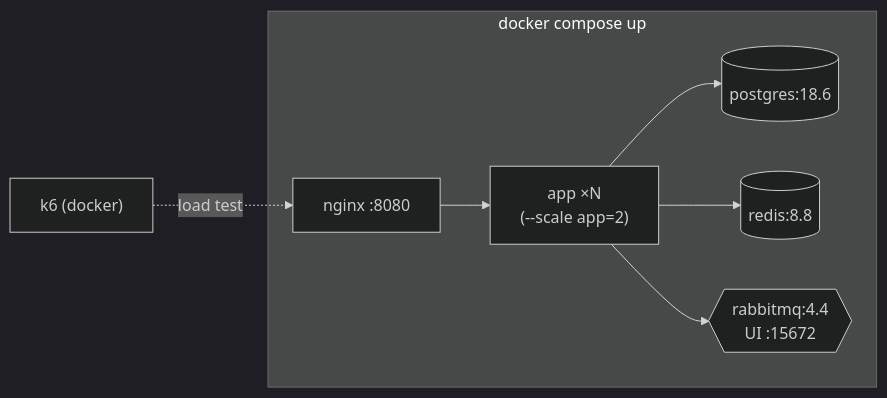
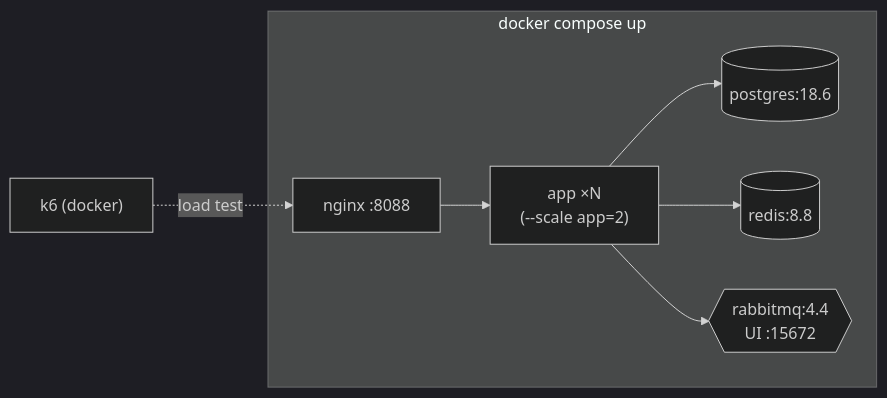
One commit to lebronjamesbe01-dev/flashsale-service changed diagram 14 of 14 in docs/system-design.md. Above: the diagram before and after it, drawn with Mermaid (dark theme). The commit also changed other lines of this file and 1 other file, not shown here.

Commit message:
docs: update README and system design for hardened flows

````diff
--- a/docs/system-design.md
+++ b/docs/system-design.md
@@ -435,10 +439,10 @@
 ```mermaid
 flowchart LR
     subgraph COMPOSE["docker compose up"]
-        NG["nginx :8080"] --> APP["app ×N<br/>(--scale app=2)"]
+        NG["nginx :8088"] --> APP["app ×N<br/>(--scale app=2)"]
         APP --> PG[("postgres:18.6")]
         APP --> RD[("redis:8.8")]
         APP --> MQ{{"rabbitmq:4.4<br/>UI :15672"}}
     end
     K6["k6 (docker)"] -.->|"load test"| NG
 ```
````
